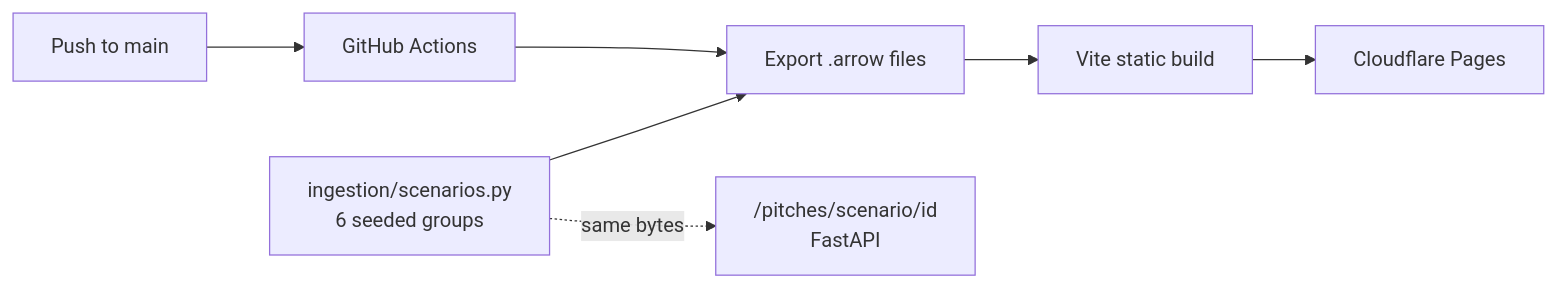
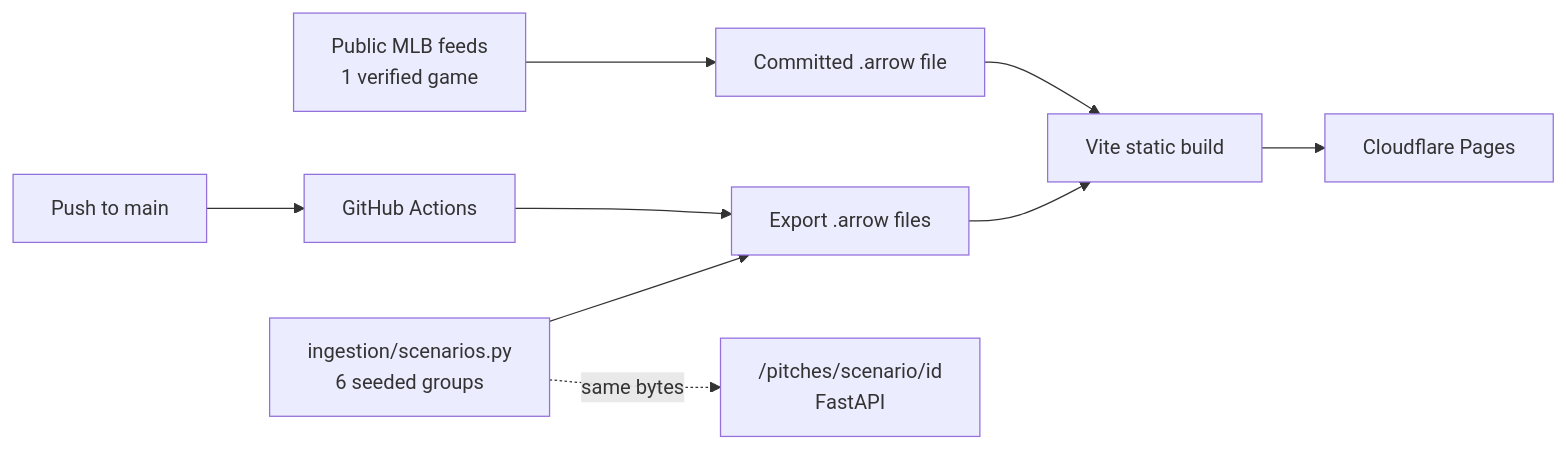
The third of 3 diagrams in README.md (harlanljones/statcast-lakehouse), drawn with Mermaid before and after one commit. The commit also changed other lines of this file and 12 other files, not shown here.

Commit message:
Add verified real-game pitches to the demo

````diff
--- a/README.md
+++ b/README.md
@@ -58,9 +58,11 @@
 ```mermaid
 flowchart LR
     gen["ingestion/scenarios.py<br/>6 seeded groups"] --> export["Export .arrow files"]
+    real["Public MLB feeds<br/>1 verified game"] --> realexport["Committed .arrow file"]
     export --> build["Vite static build"]
     build --> pages["Cloudflare Pages"]
     push["Push to main"] --> actions["GitHub Actions"]
     actions --> export
+    realexport --> build
     gen -.->|"same bytes"| api["/pitches/scenario/id<br/>FastAPI"]
 ```
````
